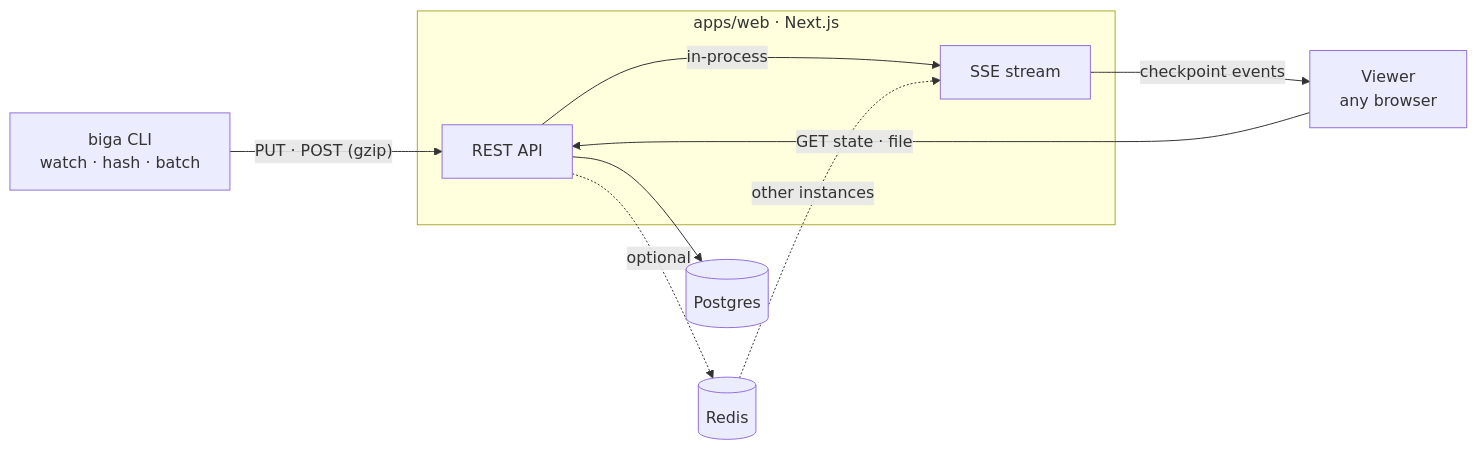
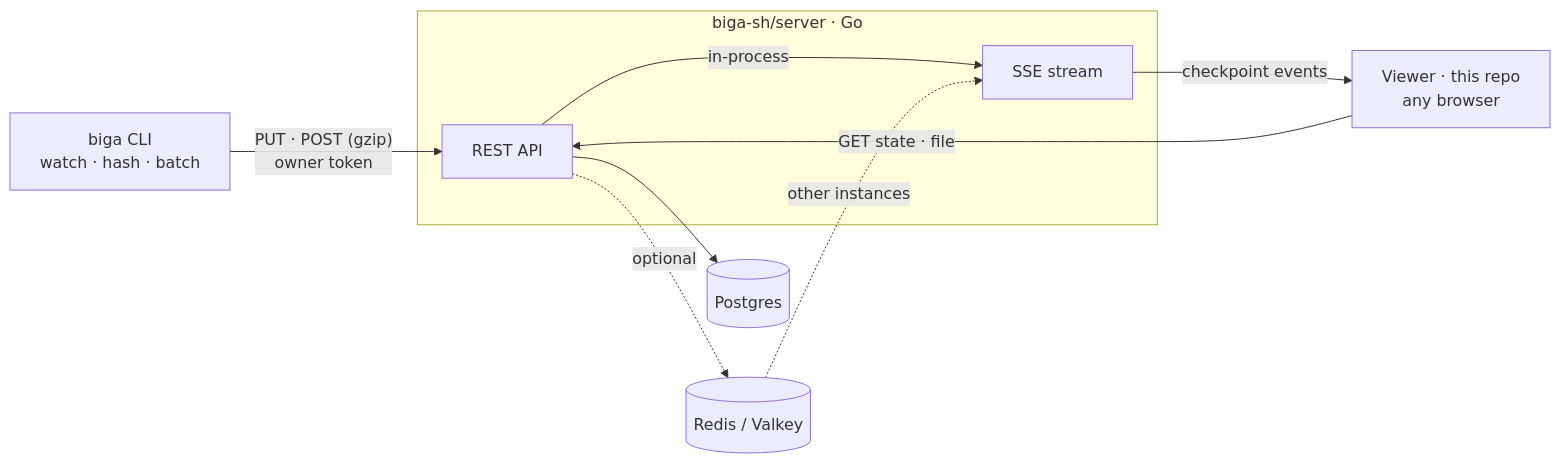
Before and after one commit to biga-sh/website: the diagram in README.md, drawn with Mermaid. The commit also changed other lines of this file and 78 other files, not shown here.

````diff
--- a/README.md
+++ b/README.md
@@ -43,16 +47,16 @@
 ```mermaid
 flowchart LR
-  cli["biga CLI<br/>watch · hash · batch"] -- "PUT · POST (gzip)" --> api
+  cli["biga CLI<br/>watch · hash · batch"] -- "PUT · POST (gzip)<br/>owner token" --> api
 
-  subgraph web["apps/web · Next.js"]
+  subgraph server["biga-sh/server · Go"]
     api["REST API"]
     sse["SSE stream"]
     api -- "in-process" --> sse
   end
 
   api --> db[("Postgres")]
-  api -. "optional" .-> redis[("Redis")]
+  api -. "optional" .-> redis[("Redis / Valkey")]
   redis -. "other instances" .-> sse
-  viewer["Viewer<br/>any browser"] -- "GET state · file" --> api
+  viewer["Viewer · this repo<br/>any browser"] -- "GET state · file" --> api
   sse -- "checkpoint events" --> viewer
 ```
````
